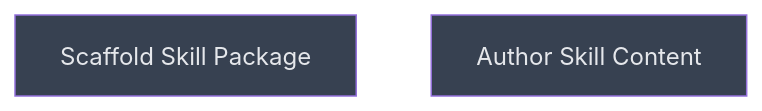
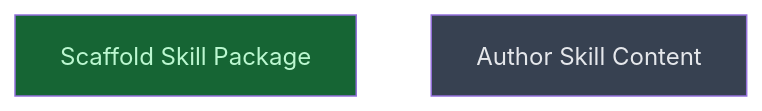
One commit to CrackingShells/cracking-shells-playbook changed the diagram in __roadmap__/writing-history-skill/README.md. Above: the diagram before and after it, drawn with Mermaid. The commit also changed other lines of this file, not shown here.

Commit message:
chore(writing-history): mark scaffold leaf done

````diff
--- a/__roadmap__/writing-history-skill/README.md
+++ b/__roadmap__/writing-history-skill/README.md
@@ -34,10 +34,10 @@
 ```mermaid
 graph TD
-    scaffold_skill_package[Scaffold Skill Package]:::planned
+    scaffold_skill_package[Scaffold Skill Package]:::done
     author[Author Skill Content]:::planned
     classDef done       fill:#166534,color:#bbf7d0
     classDef inprogress fill:#854d0e,color:#fef08a
     classDef planned    fill:#374151,color:#e5e7eb
     classDef amendment  fill:#1e3a5f,color:#bfdbfe
     classDef blocked    fill:#7f1d1d,color:#fecaca
 ```
````
